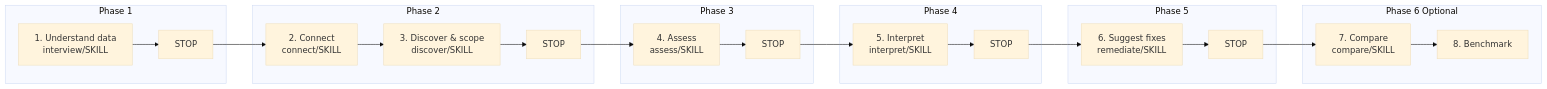
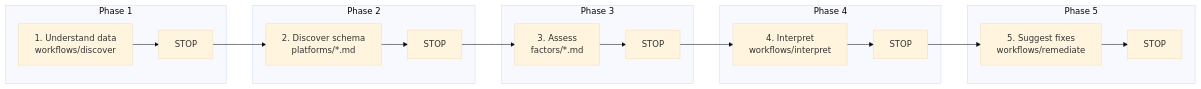
One commit to ai-ready-data/ai-ready-data-agent changed the third of 4 diagrams in docs/architecture-system-map.md. Above: the diagram before and after it, drawn with Mermaid (base theme). The commit also changed other lines of this file and 127 other files, not shown here.

````diff
--- a/docs/architecture-system-map.md
+++ b/docs/architecture-system-map.md
@@ -98,45 +110,37 @@
 ```mermaid
 flowchart LR
   subgraph Phase1 [Phase 1]
-    I1[1. Understand data<br/>interview/SKILL]
+    I1["1. Understand data<br/>workflows/discover"]
     I1 --> STOP1
     STOP1[STOP]
   end
 
   subgraph Phase2 [Phase 2]
-    C[2. Connect<br/>connect/SKILL]
-    D[3. Discover & scope<br/>discover/SKILL]
+    D["2. Discover schema<br/>platforms/*.md"]
     STOP2[STOP]
-    C --> D --> STOP2
+    D --> STOP2
   end
 
   subgraph Phase3 [Phase 3]
-    A[4. Assess<br/>assess/SKILL]
+    A["3. Assess<br/>factors/*.md"]
     STOP3[STOP]
     A --> STOP3
   end
 
   subgraph Phase4 [Phase 4]
-    IN[5. Interpret<br/>interpret/SKILL]
+    IN["4. Interpret<br/>workflows/interpret"]
     STOP4[STOP]
     IN --> STOP4
   end
 
   subgraph Phase5 [Phase 5]
-    REM[6. Suggest fixes<br/>remediate/SKILL]
+    REM["5. Suggest fixes<br/>workflows/remediate"]
     STOP5[STOP]
     REM --> STOP5
   end
 
-  subgraph Phase6 [Phase 6 Optional]
-    COMP[7. Compare<br/>compare/SKILL]
-    BENCH[8. Benchmark]
-  end
-
-  STOP1 --> C
+  STOP1 --> D
   STOP2 --> A
   STOP3 --> IN
   STOP4 --> REM
-  STOP5 --> COMP
-  COMP --> BENCH
 ```
````
